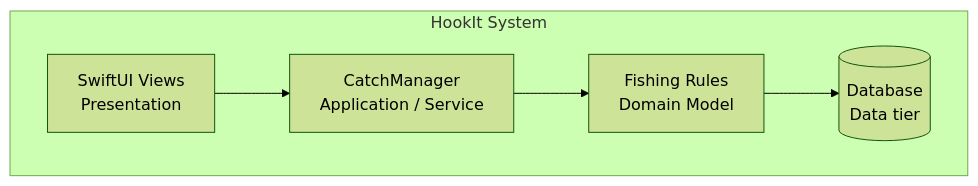
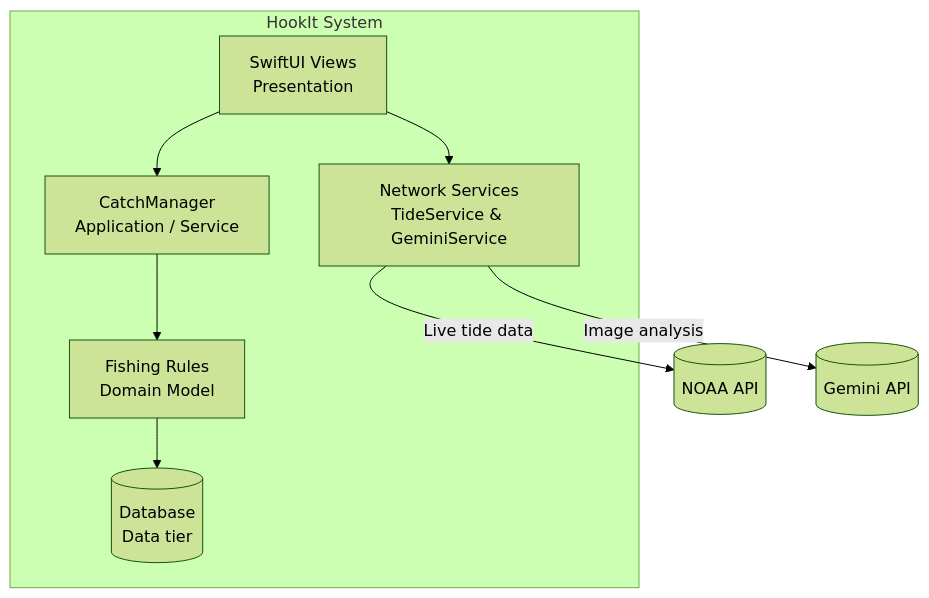
One commit to ddinza/cen5064-project-dinza changed the second of 4 diagrams in README.md. Above: the diagram before and after it, drawn with Mermaid (forest theme). The commit also changed other lines of this file, not shown here.

Commit message:
Enhance README with Gemini API and database updates
Updated the system architecture to include Gemini API for photo identification and modified the database storage reference.

````diff
--- a/README.md
+++ b/README.md
@@ -63,9 +64,13 @@
 ```mermaid
 %% Container view matching the 4-tier architecture
 flowchart TB
     subgraph HookItSystem [HookIt System]
-        ui[SwiftUI Views<br/>Presentation] --> api[CatchManager<br/>Application / Service]
-        api --> domain[Fishing Rules<br/>Domain Model]
+        ui[SwiftUI Views<br/>Presentation] --> appService[CatchManager<br/>Application / Service]
+        ui --> netService[Network Services<br/>TideService & GeminiService]
+        appService --> domain[Fishing Rules<br/>Domain Model]
         domain --> db[(Database<br/>Data tier)]
     end
+    
+    netService -->|Live tide data| noaa[(NOAA API)]
+    netService -->|Image analysis| gemini[(Gemini API)]
 ```
````
